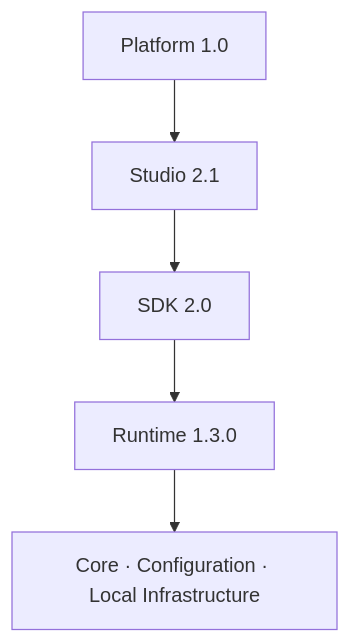
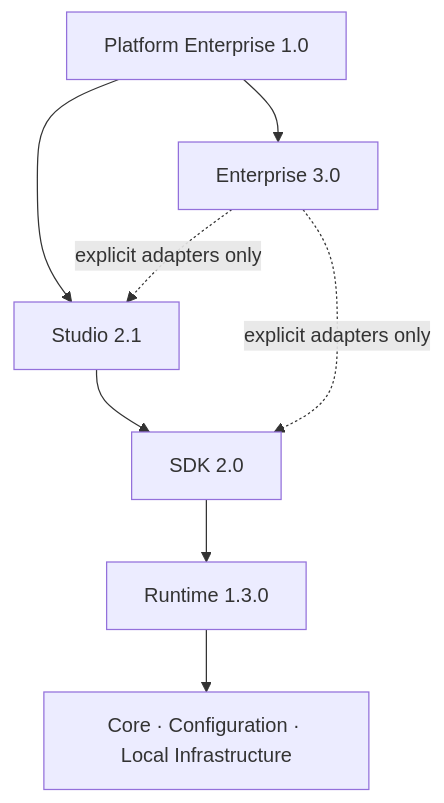
Before and after one commit to laow79616-ai/TKAI: the diagram in docs/Architecture.md, drawn with Mermaid. The commit also changed other lines of this file and 11 other files, not shown here.

Commit message:
chore(release): prepare tkai platform enterprise 1.0 general availability

````diff
--- a/docs/Architecture.md
+++ b/docs/Architecture.md
@@ -8,7 +9,10 @@
 ```mermaid
 flowchart TD
-    Platform["Platform 1.0"] --> Studio["Studio 2.1"]
+    Platform["Platform Enterprise 1.0"] --> Enterprise["Enterprise 3.0"]
+    Platform --> Studio["Studio 2.1"]
     Studio --> SDK["SDK 2.0"]
     SDK --> Runtime["Runtime 1.3.0"]
+    Enterprise -. explicit adapters only .-> Studio
+    Enterprise -. explicit adapters only .-> SDK
     Runtime --> Infra["Core · Configuration · Local Infrastructure"]
 ```
````
